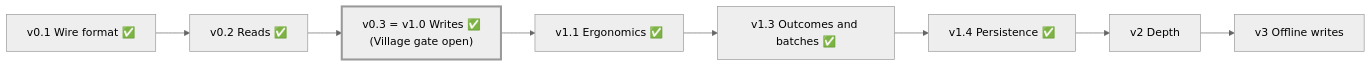
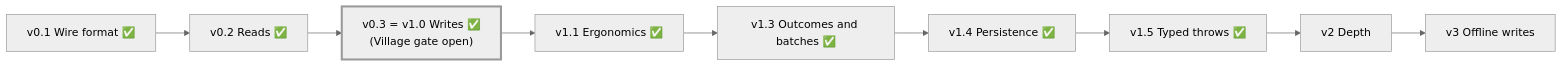
One commit to winsmith/ion-kit changed the second of 2 diagrams in docs/ARCHITECTURE.md. Above: the diagram before and after it, drawn with Mermaid (neutral theme). The commit also changed other lines of this file and 15 other files, not shown here.

````diff
--- a/docs/ARCHITECTURE.md
+++ b/docs/ARCHITECTURE.md
@@ -473,5 +478,5 @@
 ```mermaid
 flowchart LR
-    v01["v0.1 Wire format ✅"] --> v02["v0.2 Reads ✅"] --> v03["v0.3 = v1.0 Writes ✅<br/>(Village gate open)"] --> v1x["v1.1 Ergonomics ✅"] --> v13["v1.3 Outcomes and batches ✅"] --> v14["v1.4 Persistence ✅"] --> v2["v2 Depth"] --> v3["v3 Offline writes"]
+    v01["v0.1 Wire format ✅"] --> v02["v0.2 Reads ✅"] --> v03["v0.3 = v1.0 Writes ✅<br/>(Village gate open)"] --> v1x["v1.1 Ergonomics ✅"] --> v13["v1.3 Outcomes and batches ✅"] --> v14["v1.4 Persistence ✅"] --> v15["v1.5 Typed throws ✅"] --> v2["v2 Depth"] --> v3["v3 Offline writes"]
     style v03 stroke-width:3px
 ```
````
